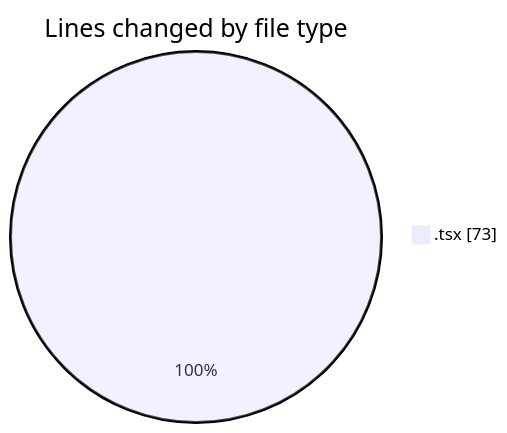
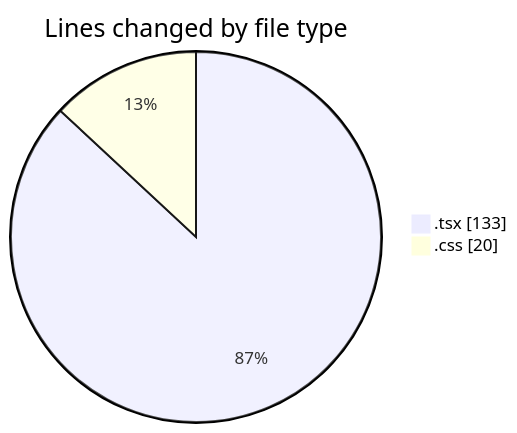
The first of 2 diagrams in 2025-02-07/mbc-web/README.md (robertbonfada/code-tracking), drawn with Mermaid before and after one commit. The commit also changed other lines of this file and 1 other file, not shown here.

````diff
--- a/2025-02-07/mbc-web/README.md
+++ b/2025-02-07/mbc-web/README.md
@@ -23,5 +25,6 @@
 ```mermaid
 pie showData
 title Lines changed by file type
-".tsx" : 73
+".tsx" : 133
+".css" : 20
 ```
````
